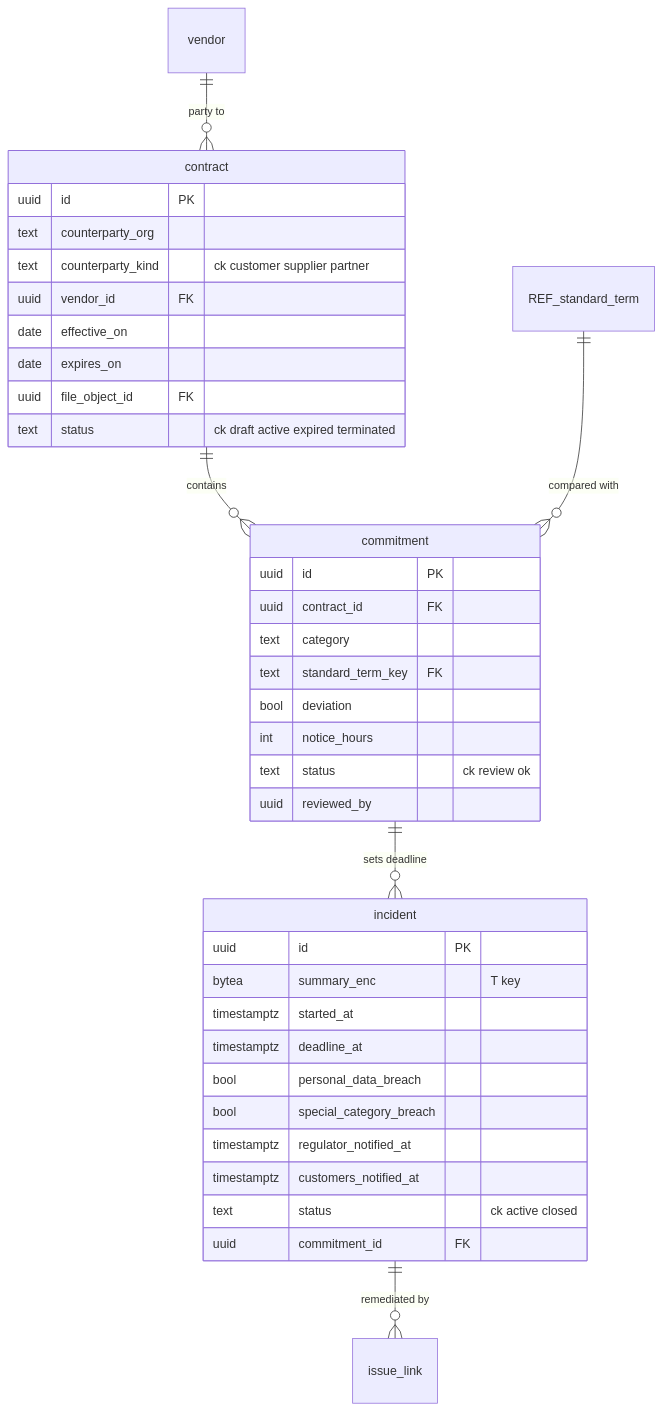
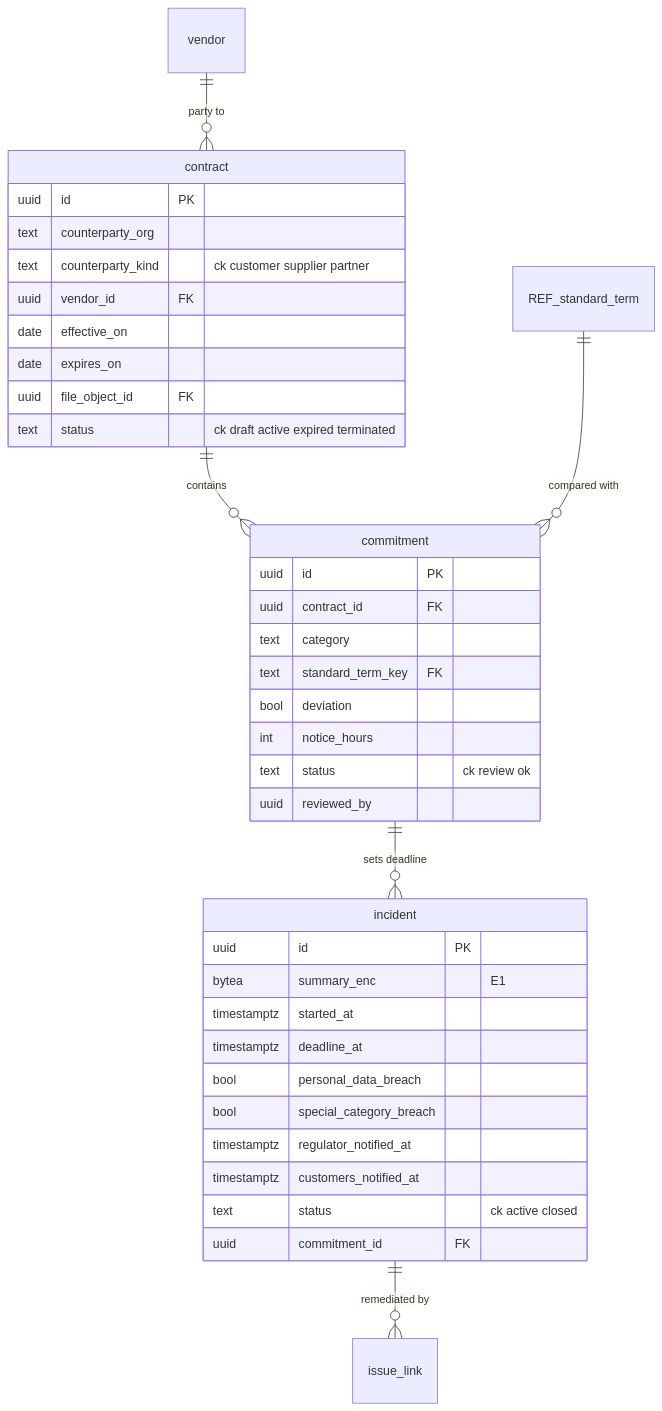
One commit to ShahidCS/Selvara changed diagram 15 of 27 in docs/architecture/backend-v2/phase2/2B-data-model.md. Above: the diagram before and after it, drawn with Mermaid. The commit also changed other lines of this file and 8 other files, not shown here.

First line of the commit message:
docs(backend-v2): phase 3 revisions in progress (architecture, data model, registers)

````diff
--- a/docs/architecture/backend-v2/phase2/2B-data-model.md
+++ b/docs/architecture/backend-v2/phase2/2B-data-model.md
@@ -1364,40 +1367,40 @@
 ```mermaid
 erDiagram
   contract ||--o{ commitment : contains
   REF_standard_term ||--o{ commitment : "compared with"
   vendor ||--o{ contract : "party to"
   incident ||--o{ issue_link : "remediated by"
   commitment ||--o{ incident : "sets deadline"
   contract {
     uuid id PK
     text counterparty_org
     text counterparty_kind "ck customer supplier partner"
     uuid vendor_id FK
     date effective_on
     date expires_on
     uuid file_object_id FK
     text status "ck draft active expired terminated"
   }
   commitment {
     uuid id PK
     uuid contract_id FK
     text category
     text standard_term_key FK
     bool deviation
     int notice_hours
     text status "ck review ok"
     uuid reviewed_by
   }
   incident {
     uuid id PK
-    bytea summary_enc "T key"
+    bytea summary_enc "E1"
     timestamptz started_at
     timestamptz deadline_at
     bool personal_data_breach
     bool special_category_breach
     timestamptz regulator_notified_at
     timestamptz customers_notified_at
     text status "ck active closed"
     uuid commitment_id FK
   }
 ```
````
